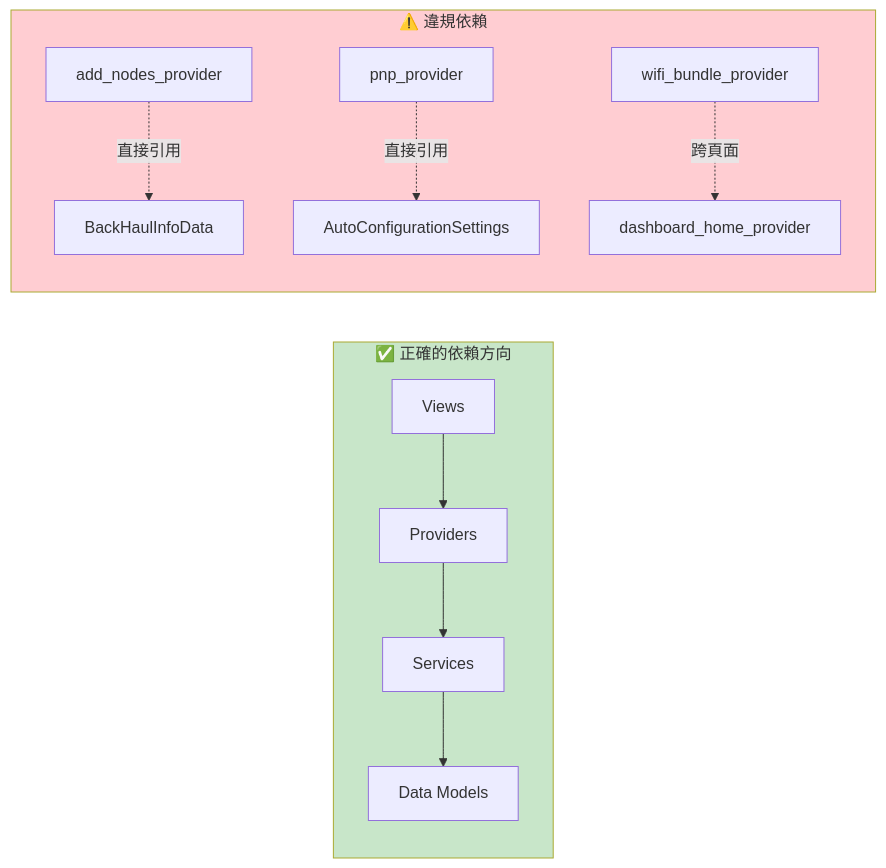
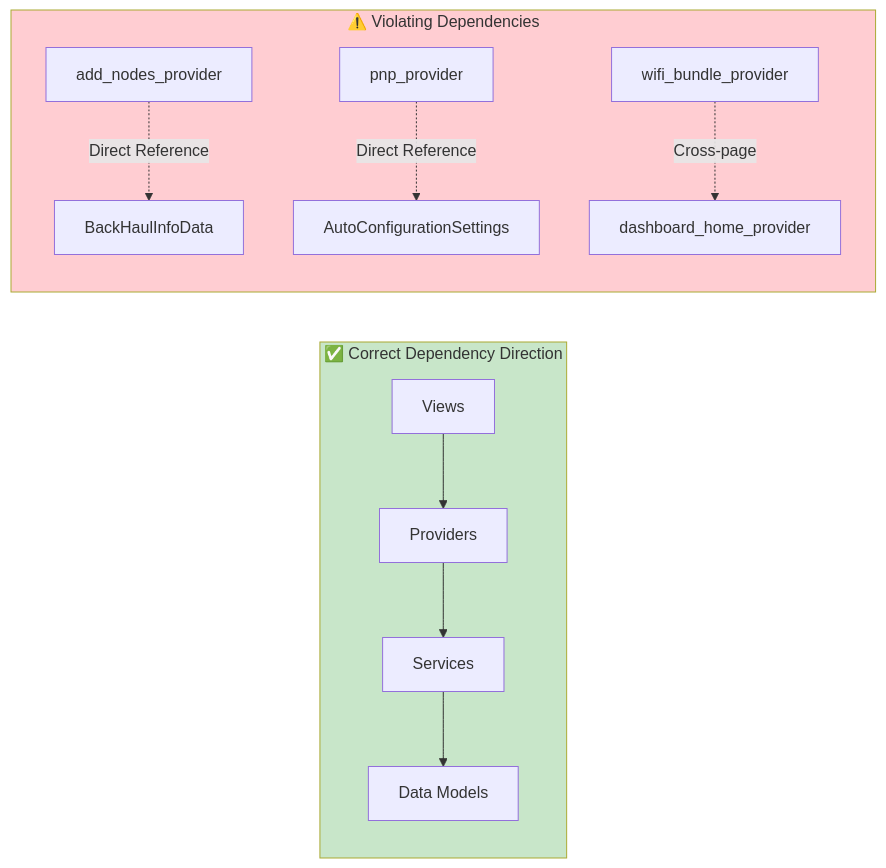
The fifth of 12 diagrams in doc/architecture_analysis_2026-01-16.md (linksys/PrivacyGUI), drawn with Mermaid before and after one commit. The commit also changed other lines of this file and 58 other files, not shown here.

````diff
--- a/doc/architecture_analysis_2026-01-16.md
+++ b/doc/architecture_analysis_2026-01-16.md
@@ -290,19 +290,19 @@
 ```mermaid
 graph LR
-    subgraph CorrectFlow["✅ 正確的依賴方向"]
+    subgraph CorrectFlow["✅ Correct Dependency Direction"]
         direction TB
         V1["Views"] --> P1["Providers"]
         P1 --> S1["Services"]
         S1 --> D1["Data Models"]
     end
     
-    subgraph Violations["⚠️ 違規依賴"]
+    subgraph Violations["⚠️ Violating Dependencies"]
         direction TB
-        P2["add_nodes_provider"] -.-> |直接引用| D2["BackHaulInfoData"]
-        P3["pnp_provider"] -.-> |直接引用| D3["AutoConfigurationSettings"]
-        P4["wifi_bundle_provider"] -.-> |跨頁面| P5["dashboard_home_provider"]
+        P2["add_nodes_provider"] -.-> |Direct Reference| D2["BackHaulInfoData"]
+        P3["pnp_provider"] -.-> |Direct Reference| D3["AutoConfigurationSettings"]
+        P4["wifi_bundle_provider"] -.-> |Cross-page| P5["dashboard_home_provider"]
     end
     
     style CorrectFlow fill:#c8e6c9
     style Violations fill:#ffcdd2
 ```
````
